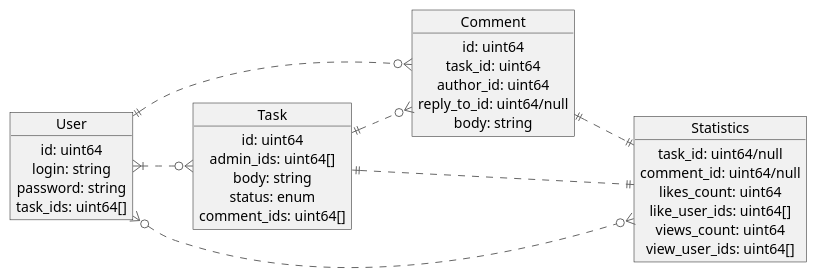
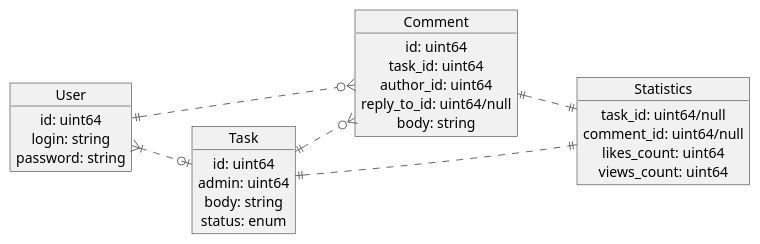
One commit to Q0un/architect changed the diagram in doc/er_diagrams.puml. Above: the diagram before and after it, drawn with PlantUML. The commit also changed 1 other file, not shown here.

```diff
--- a/doc/er_diagrams.puml
+++ b/doc/er_diagrams.puml
@@ -1,46 +1,41 @@
 @startuml Task tracker ER Diagrams
 !include https://raw.githubusercontent.com/plantuml-stdlib/C4-PlantUML/master/C4_Container.puml
 
 skinparam wrapWidth 300
 LAYOUT_LANDSCAPE()
 
 object User {
     id: uint64
     login: string
     password: string
-    task_ids: uint64[]
 }
 
 object Task {
     id: uint64
-    admin_ids: uint64[]
+    admin: uint64
     body: string
     status: enum
-    comment_ids: uint64[]
 }
 
 object Comment {
     id: uint64
     task_id: uint64
     author_id: uint64
     reply_to_id: uint64/null
     body: string
 }
 
 object Statistics {
     task_id: uint64/null
     comment_id: uint64/null
     likes_count: uint64
-    like_user_ids: uint64[]
     views_count: uint64
-    view_user_ids: uint64[]
 }
 
-User }|..o{ Task
+User }|..o| Task
 Task ||..o{ Comment
 Task ||..|| Statistics
 User ||..o{ Comment
-User }o..o{ Statistics
 Comment ||..|| Statistics
 
 @enduml
```
